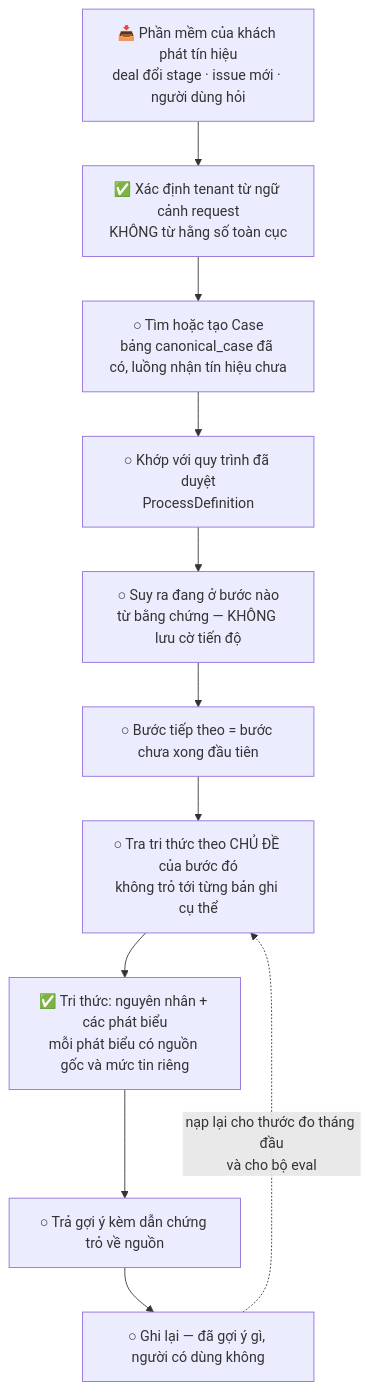
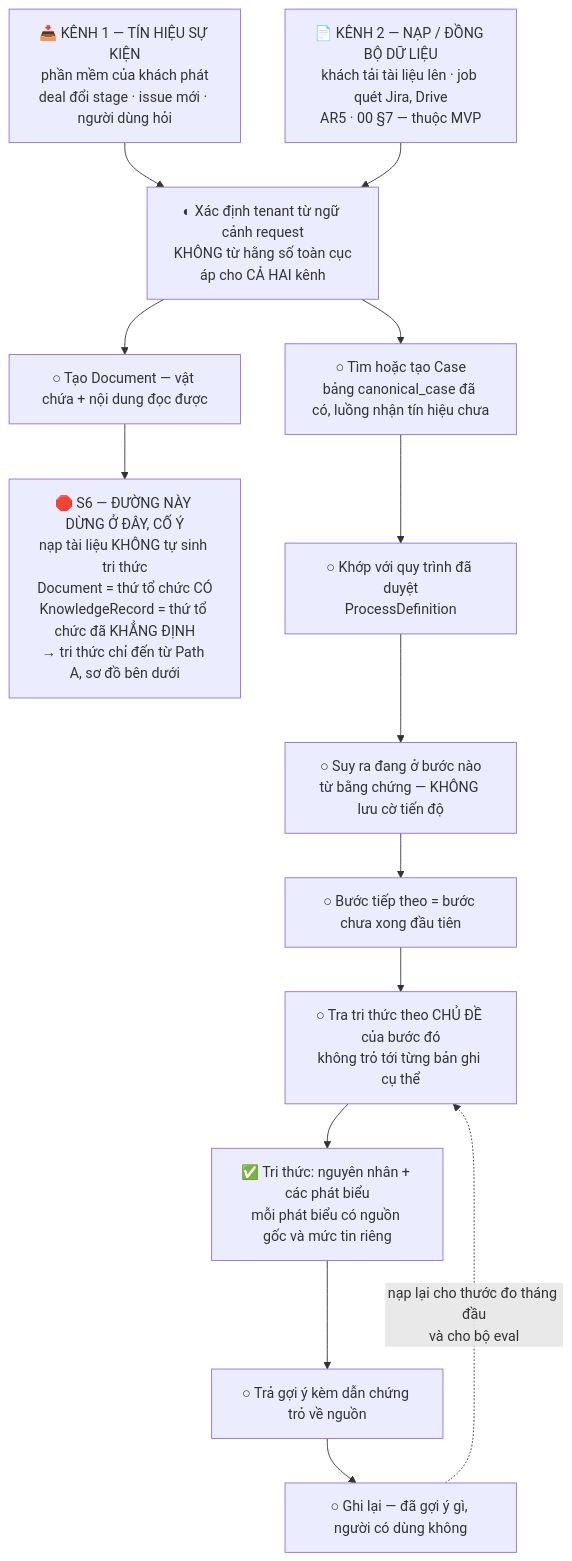
One commit to pvanh2706/ai-operational-platform changed the first of 3 diagrams in README.md. Above: the diagram before and after it, drawn with Mermaid. The commit also changed other lines of this file, not shown here.

````diff
--- a/README.md
+++ b/README.md
@@ -58,16 +68,22 @@
 ```mermaid
 flowchart TD
-    A["📥 Phần mềm của khách phát tín hiệu<br/>deal đổi stage · issue mới · người dùng hỏi"]
-    B["✅ Xác định tenant từ ngữ cảnh request<br/>KHÔNG từ hằng số toàn cục"]
+    A["📥 KÊNH 1 — TÍN HIỆU SỰ KIỆN<br/>phần mềm của khách phát<br/>deal đổi stage · issue mới · người dùng hỏi"]
+    A2["📄 KÊNH 2 — NẠP / ĐỒNG BỘ DỮ LIỆU<br/>khách tải tài liệu lên · job quét Jira, Drive<br/>AR5 · 00 §7 — thuộc MVP"]
+    B["◐ Xác định tenant từ ngữ cảnh request<br/>KHÔNG từ hằng số toàn cục<br/>áp cho CẢ HAI kênh"]
+    K["○ Tạo Document — vật chứa + nội dung đọc được"]
+    S6["🛑 S6 — ĐƯỜNG NÀY DỪNG Ở ĐÂY, CỐ Ý<br/>nạp tài liệu KHÔNG tự sinh tri thức<br/>Document = thứ tổ chức CÓ<br/>KnowledgeRecord = thứ tổ chức đã KHẲNG ĐỊNH<br/>→ tri thức chỉ đến từ Path A, sơ đồ bên dưới"]
     C["○ Tìm hoặc tạo Case<br/>bảng canonical_case đã có, luồng nhận tín hiệu chưa"]
     D["○ Khớp với quy trình đã duyệt<br/>ProcessDefinition"]
     E["○ Suy ra đang ở bước nào<br/>từ bằng chứng — KHÔNG lưu cờ tiến độ"]
     F["○ Bước tiếp theo = bước chưa xong đầu tiên"]
     G["○ Tra tri thức theo CHỦ ĐỀ của bước đó<br/>không trỏ tới từng bản ghi cụ thể"]
     H["✅ Tri thức: nguyên nhân + các phát biểu<br/>mỗi phát biểu có nguồn gốc và mức tin riêng"]
     I["○ Trả gợi ý kèm dẫn chứng trỏ về nguồn"]
     J["○ Ghi lại — đã gợi ý gì, người có dùng không"]
 
-    A --> B --> C --> D --> E --> F --> G --> H --> I --> J
+    A --> B
+    A2 --> B
+    B --> C --> D --> E --> F --> G --> H --> I --> J
+    B --> K --> S6
     J -.->|"nạp lại cho thước đo tháng đầu<br/>và cho bộ eval"| G
 ```
````
